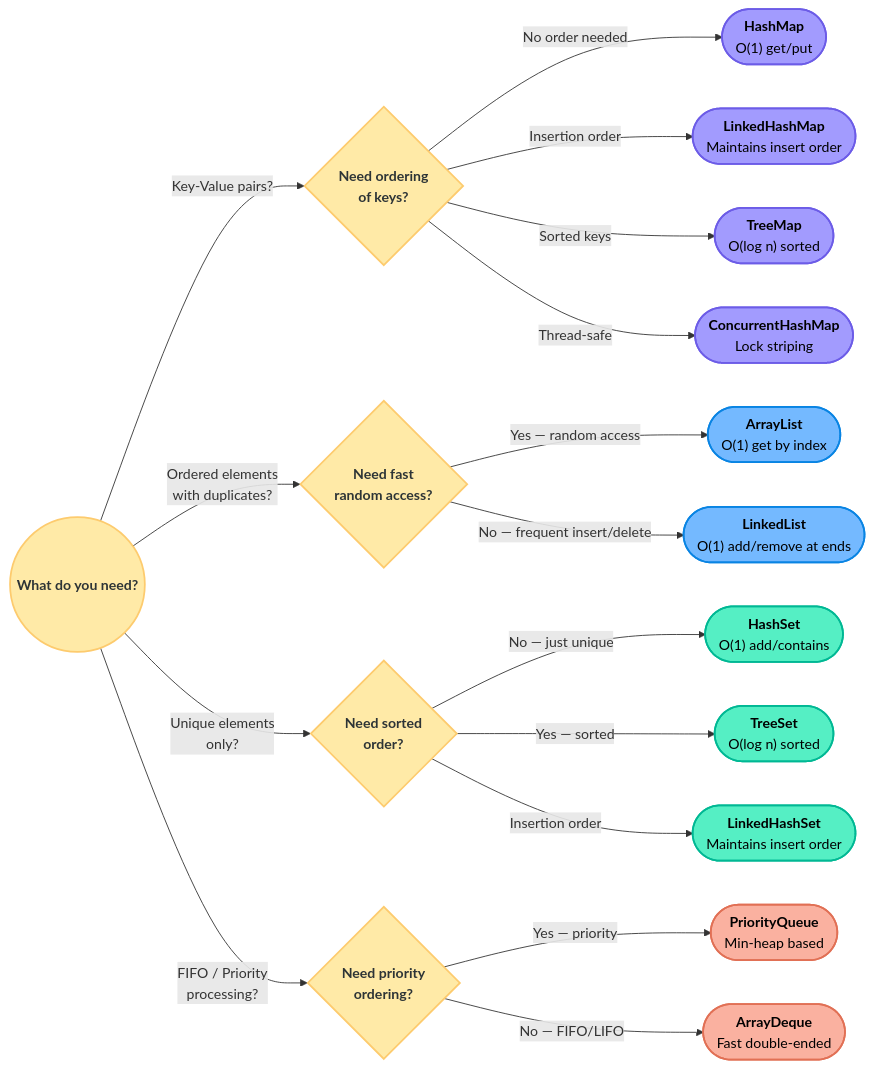
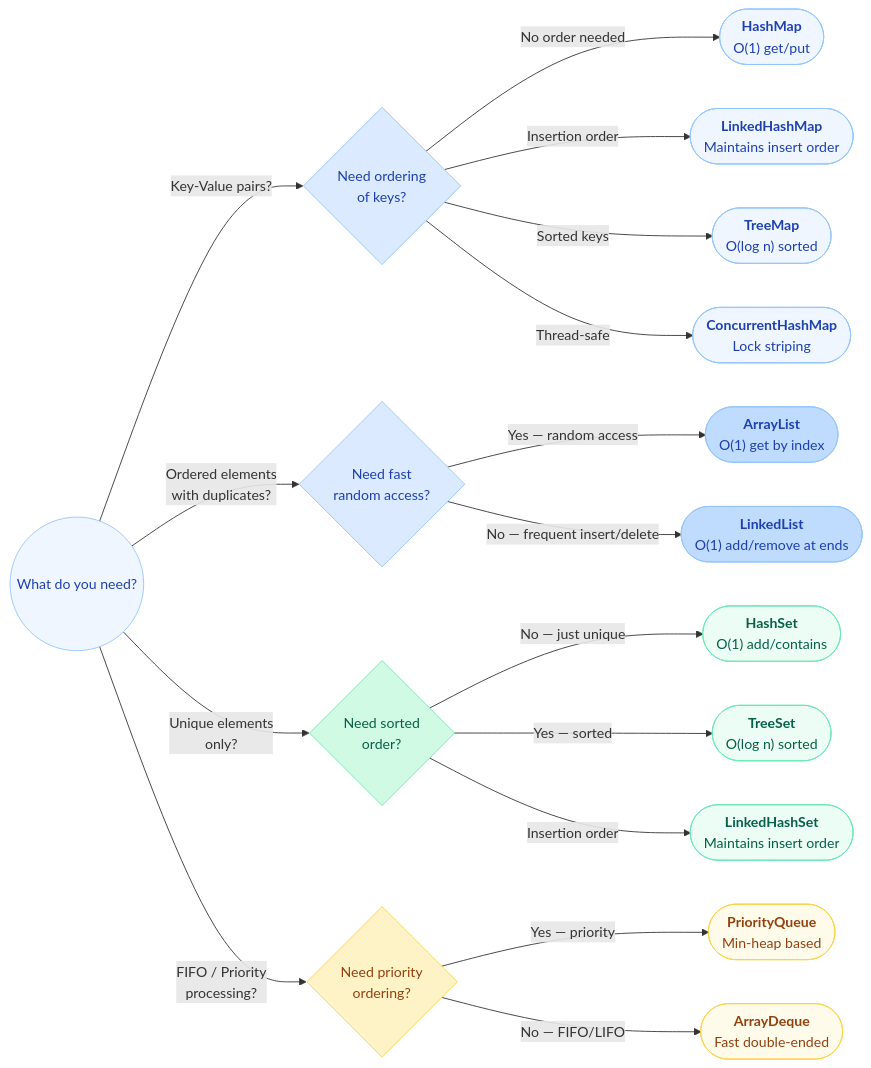
The second of 2 diagrams in docs/java/Collections.md (saivamsikaruturi/vamsilabs-dev-notes-main), drawn with Mermaid before and after one commit. The commit also changed other lines of this file and 220 other files, not shown here.

First line of the commit message:
Add 50+ new Java/Spring Boot pages, rewrite CSS code blocks to Oracle style, fix all diagram colors

````diff
--- a/docs/java/Collections.md
+++ b/docs/java/Collections.md
@@ -53,35 +61,45 @@
 ```mermaid
 flowchart LR
-    Start(("What do you need?")):::decision
+    Start(("What do you need?"))
 
-    Start -->|"Key-Value pairs?"| MapQ{"Need ordering<br/>of keys?"}:::decision
-    Start -->|"Ordered elements<br/>with duplicates?"| ListQ{"Need fast<br/>random access?"}:::decision
-    Start -->|"Unique elements<br/>only?"| SetQ{"Need sorted<br/>order?"}:::decision
-    Start -->|"FIFO / Priority<br/>processing?"| QueueQ{"Need priority<br/>ordering?"}:::decision
+    Start -->|"Key-Value pairs?"| MapQ{"Need ordering<br/>of keys?"}
+    Start -->|"Ordered elements<br/>with duplicates?"| ListQ{"Need fast<br/>random access?"}
+    Start -->|"Unique elements<br/>only?"| SetQ{"Need sorted<br/>order?"}
+    Start -->|"FIFO / Priority<br/>processing?"| QueueQ{"Need priority<br/>ordering?"}
 
     %% Map branch
-    MapQ -->|"No order needed"| HashMap2(["<b>HashMap</b><br/>O(1) get/put"]):::mapImpl
-    MapQ -->|"Insertion order"| LinkedHashMap2(["<b>LinkedHashMap</b><br/>Maintains insert order"]):::mapImpl
-    MapQ -->|"Sorted keys"| TreeMap2(["<b>TreeMap</b><br/>O(log n) sorted"]):::mapImpl
-    MapQ -->|"Thread-safe"| ConcurrentHashMap2(["<b>ConcurrentHashMap</b><br/>Lock striping"]):::mapImpl
+    MapQ -->|"No order needed"| HashMap2(["<b>HashMap</b><br/>O(1) get/put"])
+    MapQ -->|"Insertion order"| LinkedHashMap2(["<b>LinkedHashMap</b><br/>Maintains insert order"])
+    MapQ -->|"Sorted keys"| TreeMap2(["<b>TreeMap</b><br/>O(log n) sorted"])
+    MapQ -->|"Thread-safe"| ConcurrentHashMap2(["<b>ConcurrentHashMap</b><br/>Lock striping"])
 
     %% List branch
-    ListQ -->|"Yes — random access"| ArrayList2(["<b>ArrayList</b><br/>O(1) get by index"]):::listImpl
-    ListQ -->|"No — frequent insert/delete"| LinkedList2(["<b>LinkedList</b><br/>O(1) add/remove at ends"]):::listImpl
+    ListQ -->|"Yes — random access"| ArrayList2(["<b>ArrayList</b><br/>O(1) get by index"])
+    ListQ -->|"No — frequent insert/delete"| LinkedList2(["<b>LinkedList</b><br/>O(1) add/remove at ends"])
 
     %% Set branch
-    SetQ -->|"No — just unique"| HashSet2(["<b>HashSet</b><br/>O(1) add/contains"]):::setImpl
-    SetQ -->|"Yes — sorted"| TreeSet2(["<b>TreeSet</b><br/>O(log n) sorted"]):::setImpl
-    SetQ -->|"Insertion order"| LinkedHashSet2(["<b>LinkedHashSet</b><br/>Maintains insert order"]):::setImpl
+    SetQ -->|"No — just unique"| HashSet2(["<b>HashSet</b><br/>O(1) add/contains"])
+    SetQ -->|"Yes — sorted"| TreeSet2(["<b>TreeSet</b><br/>O(log n) sorted"])
+    SetQ -->|"Insertion order"| LinkedHashSet2(["<b>LinkedHashSet</b><br/>Maintains insert order"])
 
     %% Queue branch
-    QueueQ -->|"Yes — priority"| PriorityQueue2(["<b>PriorityQueue</b><br/>Min-heap based"]):::queueImpl
-    QueueQ -->|"No — FIFO/LIFO"| ArrayDeque2(["<b>ArrayDeque</b><br/>Fast double-ended"]):::queueImpl
+    QueueQ -->|"Yes — priority"| PriorityQueue2(["<b>PriorityQueue</b><br/>Min-heap based"])
+    QueueQ -->|"No — FIFO/LIFO"| ArrayDeque2(["<b>ArrayDeque</b><br/>Fast double-ended"])
 
-    %% Styles
-    classDef decision fill:#ffeaa7,stroke:#fdcb6e,stroke-width:2px,color:#2d3436,font-weight:bold
-    classDef listImpl fill:#74b9ff,stroke:#0984e3,stroke-width:2px,color:#000
-    classDef setImpl fill:#55efc4,stroke:#00b894,stroke-width:2px,color:#000
-    classDef queueImpl fill:#fab1a0,stroke:#e17055,stroke-width:2px,color:#000
-    classDef mapImpl fill:#a29bfe,stroke:#6c5ce7,stroke-width:2px,color:#000
+    style Start fill:#EFF6FF,stroke:#93C5FD,color:#1E40AF
+    style MapQ fill:#DBEAFE,stroke:#93C5FD,color:#1E40AF
+    style ListQ fill:#DBEAFE,stroke:#93C5FD,color:#1E40AF
+    style SetQ fill:#D1FAE5,stroke:#6EE7B7,color:#065F46
+    style QueueQ fill:#FEF3C7,stroke:#FCD34D,color:#92400E
+    style HashMap2 fill:#EFF6FF,stroke:#93C5FD,color:#1E40AF
+    style LinkedHashMap2 fill:#EFF6FF,stroke:#93C5FD,color:#1E40AF
+    style TreeMap2 fill:#EFF6FF,stroke:#93C5FD,color:#1E40AF
+    style ConcurrentHashMap2 fill:#EFF6FF,stroke:#93C5FD,color:#1E40AF
+    style ArrayList2 fill:#BFDBFE,stroke:#93C5FD,color:#1E40AF
+    style LinkedList2 fill:#BFDBFE,stroke:#93C5FD,color:#1E40AF
+    style HashSet2 fill:#ECFDF5,stroke:#6EE7B7,color:#065F46
+    style TreeSet2 fill:#ECFDF5,stroke:#6EE7B7,color:#065F46
+    style LinkedHashSet2 fill:#ECFDF5,stroke:#6EE7B7,color:#065F46
+    style PriorityQueue2 fill:#FFFBEB,stroke:#FCD34D,color:#92400E
+    style ArrayDeque2 fill:#FFFBEB,stroke:#FCD34D,color:#92400E
 ```
````
